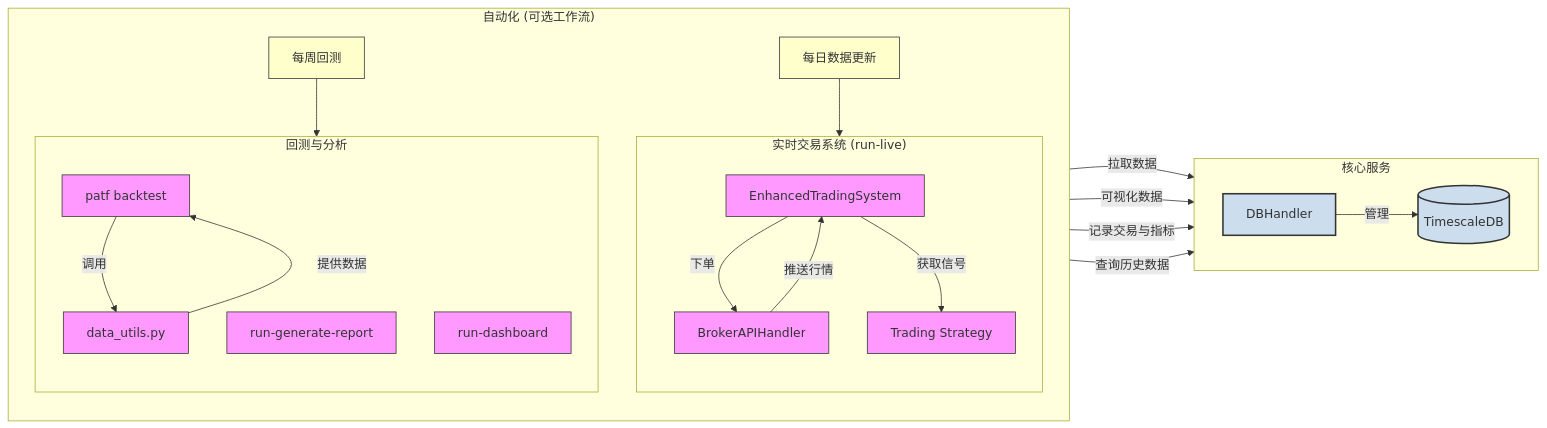
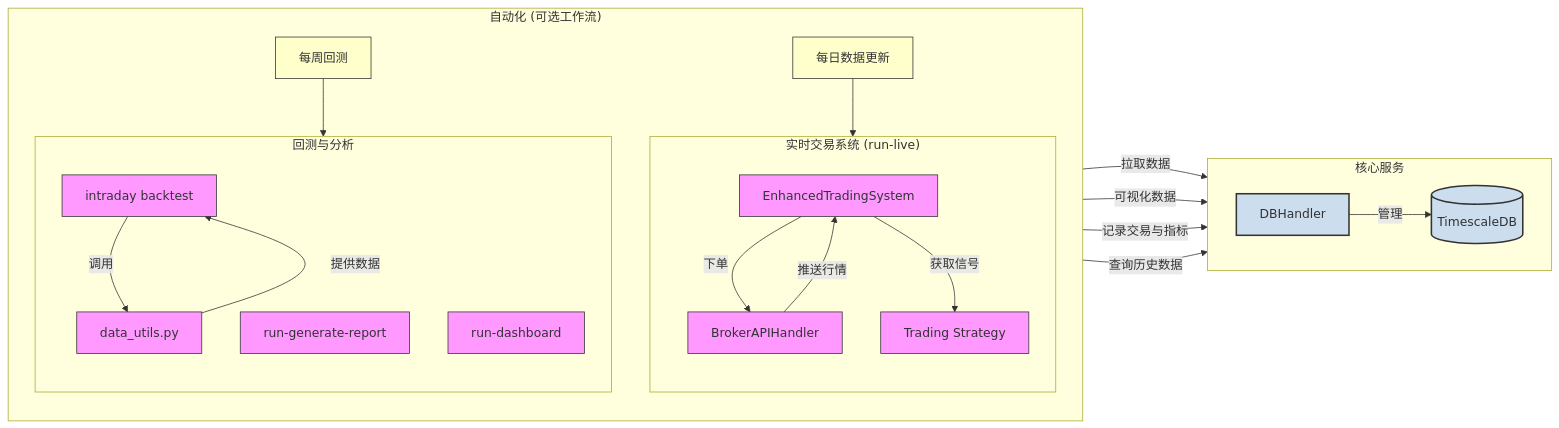
The diagram in README.md (runchengxie/intraday-trader), drawn with Mermaid before and after one commit. The commit also changed other lines of this file and 44 other files, not shown here.

````diff
--- a/README.md
+++ b/README.md
@@ -47,52 +47,52 @@
 ```mermaid
 flowchart LR
     subgraph Core_Services["核心服务"]
         direction LR
         DB_Handler[DBHandler]
         Database[(TimescaleDB)]
         DB_Handler -- "管理" --> Database
     end
 
     subgraph Live_Trading["实时交易系统 (run-live)"]
         direction TB
         ETS[EnhancedTradingSystem]
         Broker[BrokerAPIHandler]
         Strat[Trading Strategy]
 
         ETS -- "下单" --> Broker
         Broker -- "推送行情" --> ETS
         ETS -- "获取信号" --> Strat
     end
 
     subgraph Backtest_and_Analytics["回测与分析"]
         direction TB
-        BacktestScript[patf backtest]
+        BacktestScript[intraday backtest]
         ReportScript[run-generate-report]
         DashboardScript[run-dashboard]
         Data_Utils[data_utils.py]
 
         BacktestScript -- "调用" --> Data_Utils
         Data_Utils -- "提供数据" --> BacktestScript
     end
 
     subgraph Automation["自动化 (可选工作流)"]
         direction TB
         Cron_Data[每日数据更新]
         Cron_Backtest[每周回测]
 
         Cron_Data --> Live_Trading
         Cron_Backtest --> Backtest_and_Analytics
     end
 
     Live_Trading -- "记录交易与指标" --> DB_Handler
     Backtest_and_Analytics -- "查询历史数据" --> DB_Handler
     ReportScript -- "拉取数据" --> DB_Handler
     DashboardScript -- "可视化数据" --> DB_Handler
 
     classDef core fill:#f9f,stroke:#333,stroke-width:1px;
     classDef db fill:#cde,stroke:#333,stroke-width:2px;
     classDef automation fill:#ffc,stroke:#333,stroke-width:1px;
     class ETS,Broker,Strat,BacktestScript,ReportScript,DashboardScript,Data_Utils core;
     class DB_Handler,Database db;
     class Cron_Data,Cron_Backtest automation;
 ```
````
